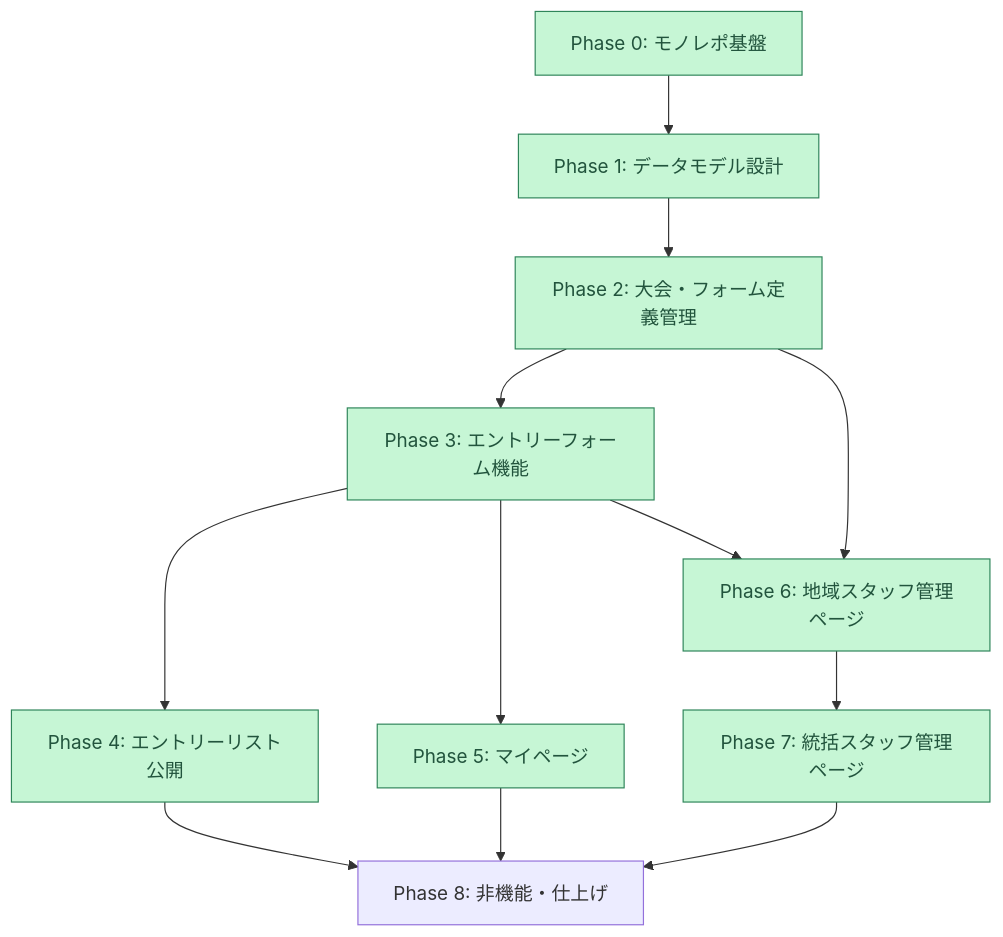
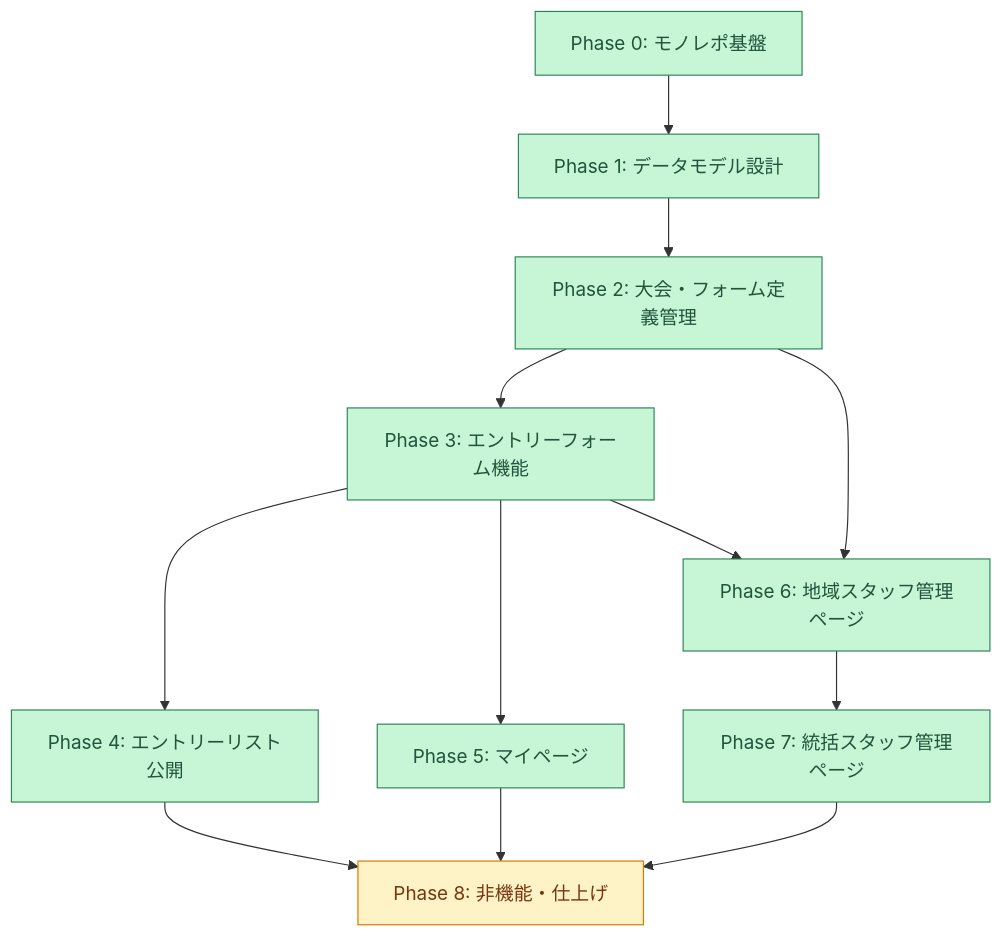
The first of 8 diagrams in tasks.md (m-uesaka/regional-quiz-entry-form), drawn with Mermaid before and after one commit. The commit also changed other lines of this file and 29 other files, not shown here.

````diff
--- a/tasks.md
+++ b/tasks.md
@@ -68,17 +68,17 @@
 ```mermaid
 graph TD
   P0["Phase 0: モノレポ基盤"]:::done --> P1["Phase 1: データモデル設計"]:::done
   P1 --> P2["Phase 2: 大会・フォーム定義管理"]:::done
   P2 --> P3["Phase 3: エントリーフォーム機能"]:::done
   P3 --> P4["Phase 4: エントリーリスト公開"]:::done
   P3 --> P5["Phase 5: マイページ"]:::done
   P2 --> P6["Phase 6: 地域スタッフ管理ページ"]:::done
   P3 --> P6
   P6 --> P7["Phase 7: 統括スタッフ管理ページ"]:::done
-  P4 --> P8["Phase 8: 非機能・仕上げ"]
+  P4 --> P8["Phase 8: 非機能・仕上げ"]:::wip
   P5 --> P8
   P7 --> P8
 
   classDef done fill:#c6f6d5,stroke:#2f855a,color:#22543d;
   classDef wip fill:#fef3c7,stroke:#d97706,color:#78350f;
 ```
````
